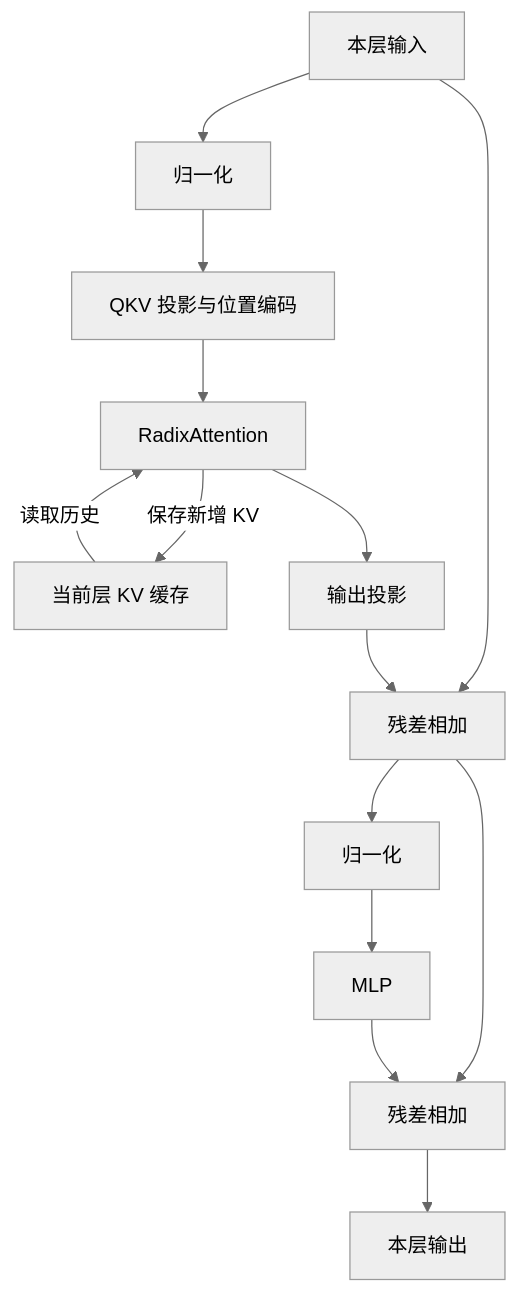
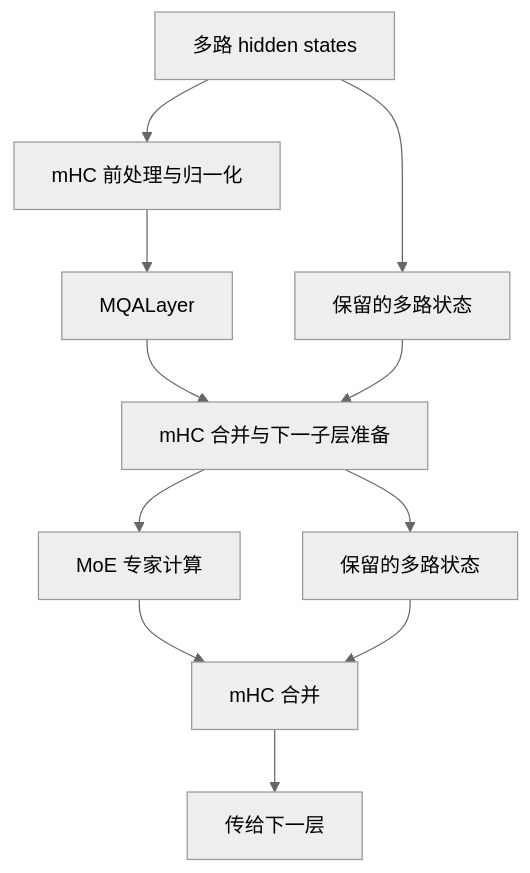
The sixth of 9 diagrams in docs/sglang/sglang-ascend-request-lifecycle.md (AkiYangDev/llm-inference-notes), drawn with Mermaid (neutral theme) before and after one commit. The commit also changed other lines of this file and 10 other files, not shown here.

````diff
--- a/docs/sglang/sglang-ascend-request-lifecycle.md
+++ b/docs/sglang/sglang-ascend-request-lifecycle.md
@@ -219,16 +213,13 @@
 ```mermaid
 flowchart TD
-    X[本层输入] --> N[归一化]
-    X --> R[残差相加]
-    N --> Q[QKV 投影与位置编码]
-    Q --> A[RadixAttention]
-    K[当前层 KV 缓存] -->|读取历史| A
-    A -->|保存新增 KV| K
-    A --> O[输出投影]
-    O --> R
-    R --> N2[归一化]
-    R --> R2[残差相加]
-    N2 --> M[MLP]
-    M --> R2
-    R2 --> Y[本层输出]
+    X[多路 hidden states] --> P[mHC 前处理与归一化]
+    X --> R[保留的多路状态]
+    P --> A[MQALayer]
+    A --> M[mHC 合并与下一子层准备]
+    R --> M
+    M --> F[MoE 专家计算]
+    M --> R2[保留的多路状态]
+    F --> O[mHC 合并]
+    R2 --> O
+    O --> Y[传给下一层]
 ```
````
